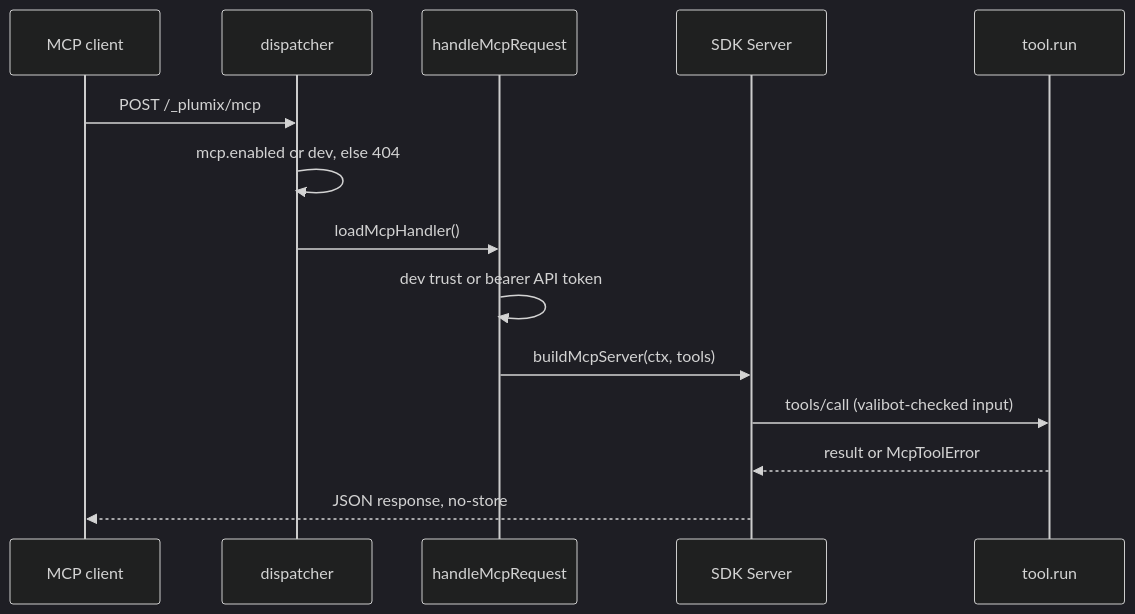
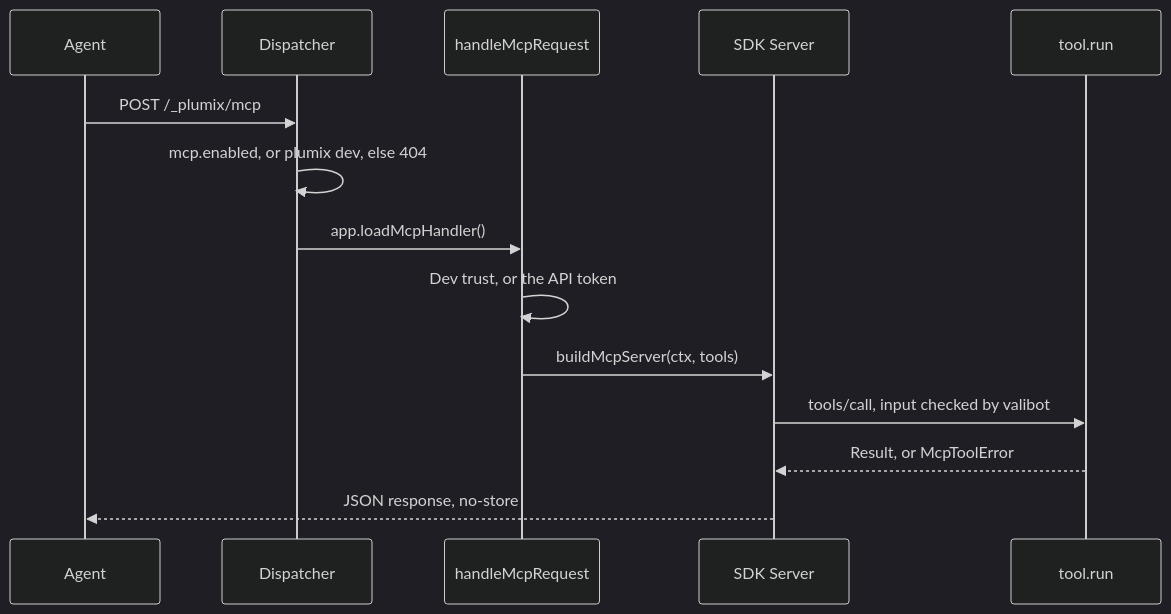
One commit to withplumix/plumix changed the diagram in docs/architecture/mcp.md. Above: the diagram before and after it, drawn with Mermaid (dark theme). The commit also changed other lines of this file and 21 other files, not shown here.

````diff
--- a/docs/architecture/mcp.md
+++ b/docs/architecture/mcp.md
@@ -7,16 +7,16 @@
 ```mermaid
 sequenceDiagram
-  participant A as MCP client
-  participant D as dispatcher
+  participant A as Agent
+  participant D as Dispatcher
   participant H as handleMcpRequest
   participant S as SDK Server
   participant T as tool.run
   A->>D: POST /_plumix/mcp
-  D->>D: mcp.enabled or dev, else 404
-  D->>H: loadMcpHandler()
-  H->>H: dev trust or bearer API token
+  D->>D: mcp.enabled, or plumix dev, else 404
+  D->>H: app.loadMcpHandler()
+  H->>H: Dev trust, or the API token
   H->>S: buildMcpServer(ctx, tools)
-  S->>T: tools/call (valibot-checked input)
-  T-->>S: result or McpToolError
+  S->>T: tools/call, input checked by valibot
+  T-->>S: Result, or McpToolError
   S-->>A: JSON response, no-store
 ```
````
